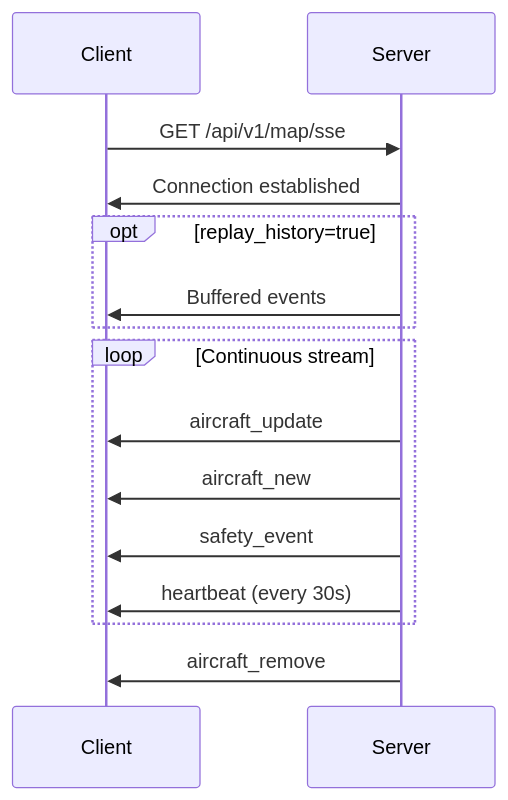
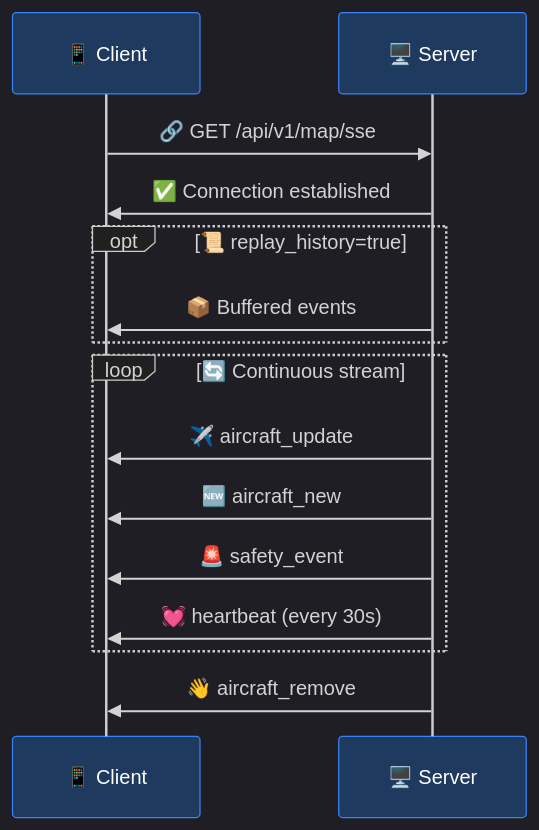
The second of 3 diagrams in docs/Getting Started/sse.md (CHA0S-CORP/SkySpyDocs), drawn with Mermaid before and after one commit. The commit also changed other lines of this file and 11 other files, not shown here.

````diff
--- a/docs/Getting Started/sse.md
+++ b/docs/Getting Started/sse.md
@@ -112,21 +113,22 @@
 ```mermaid
+%%{init: {'theme': 'dark', 'themeVariables': { 'primaryColor': '#3b82f6', 'primaryTextColor': '#fff', 'primaryBorderColor': '#60a5fa', 'lineColor': '#60a5fa', 'actorTextColor': '#fff', 'actorBkg': '#1e3a5f', 'actorBorder': '#3b82f6'}}}%%
 sequenceDiagram
-    participant C as Client
-    participant S as Server
+    participant C as 📱 Client
+    participant S as 🖥️ Server
 
-    C->>S: GET /api/v1/map/sse
-    S->>C: Connection established
+    C->>S: 🔗 GET /api/v1/map/sse
+    S->>C: ✅ Connection established
 
-    opt replay_history=true
-        S->>C: Buffered events
+    opt 📜 replay_history=true
+        S->>C: 📦 Buffered events
     end
 
-    loop Continuous stream
-        S->>C: aircraft_update
-        S->>C: aircraft_new
-        S->>C: safety_event
-        S->>C: heartbeat (every 30s)
+    loop 🔄 Continuous stream
+        S->>C: ✈️ aircraft_update
+        S->>C: 🆕 aircraft_new
+        S->>C: 🚨 safety_event
+        S->>C: 💓 heartbeat (every 30s)
     end
 
-    S->>C: aircraft_remove
+    S->>C: 👋 aircraft_remove
 ```
````
